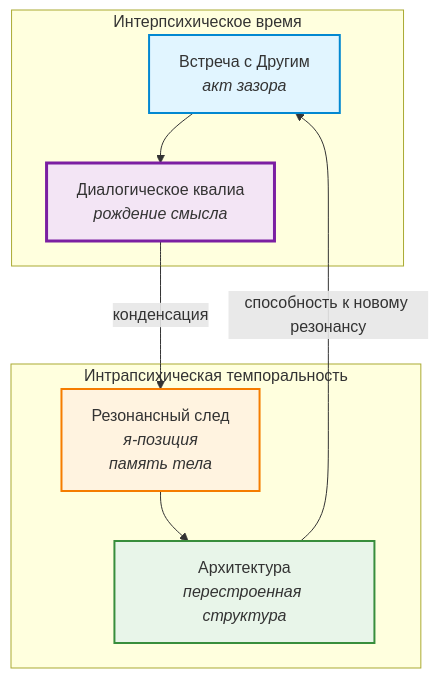
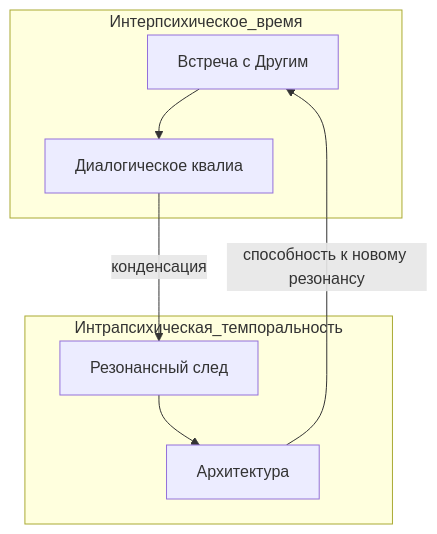
Before and after one commit to dididew74-a11y/Zazor-book: the diagram in book/18-part2-03-y-positions.md, drawn with Mermaid.

Commit message:
Refactor mermaid graph in y-positions.md
Updated mermaid graph syntax and formatting for clarity.

````diff
--- a/book/18-part2-03-y-positions.md
+++ b/book/18-part2-03-y-positions.md
@@ -51,22 +51,17 @@
 ```mermaid
 graph TB
-    subgraph "Интерпсихическое время"
-        V[Встреча с Другим<br/><i>акт зазора</i>]
-        DQ[Диалогическое квалиа<br/><i>рождение смысла</i>]
+    subgraph Интерпсихическое_время
+        V[Встреча с Другим]
+        DQ[Диалогическое квалиа]
     end
     
-    subgraph "Интрапсихическая темпоральность"
-        RS[Резонансный след<br/><i>я-позиция</i><br/><i>память тела</i>]
-        A[Архитектура<br/><i>перестроенная структура</i>]
+    subgraph Интрапсихическая_темпоральность
+        RS[Резонансный след]
+        A[Архитектура]
     end
     
     V --> DQ
     DQ -->|конденсация| RS
     RS --> A
     A -->|способность к новому резонансу| V
-    
-    style V fill:#e1f5ff,stroke:#0288d1,stroke-width:2px
-    style DQ fill:#f3e5f5,stroke:#7b1fa2,stroke-width:3px
-    style RS fill:#fff3e0,stroke:#f57c00,stroke-width:2px
-    style A fill:#e8f5e9,stroke:#388e3c,stroke-width:2px
 ```
````
